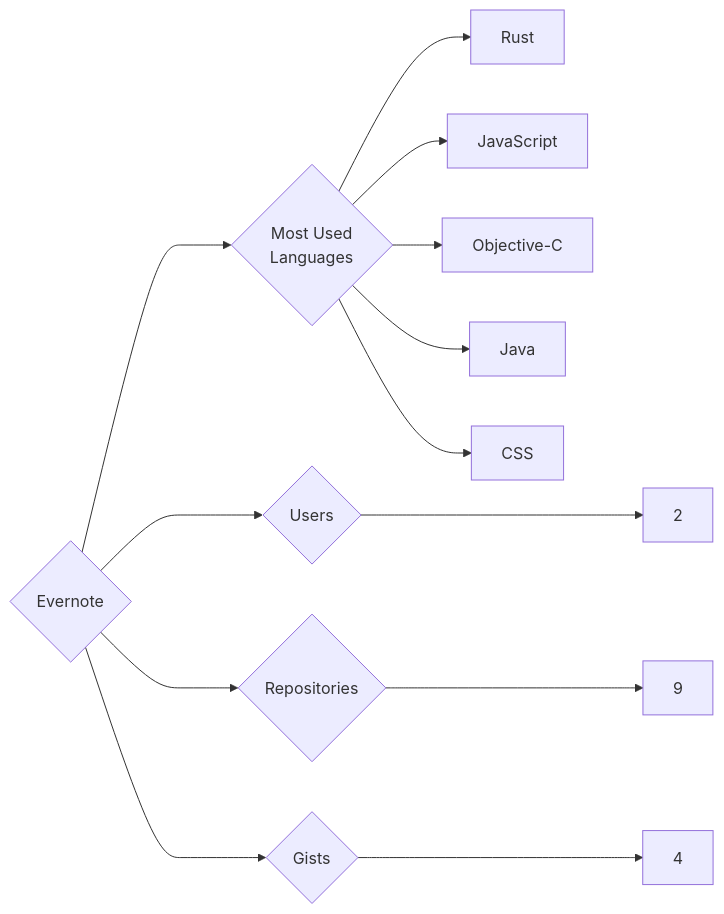
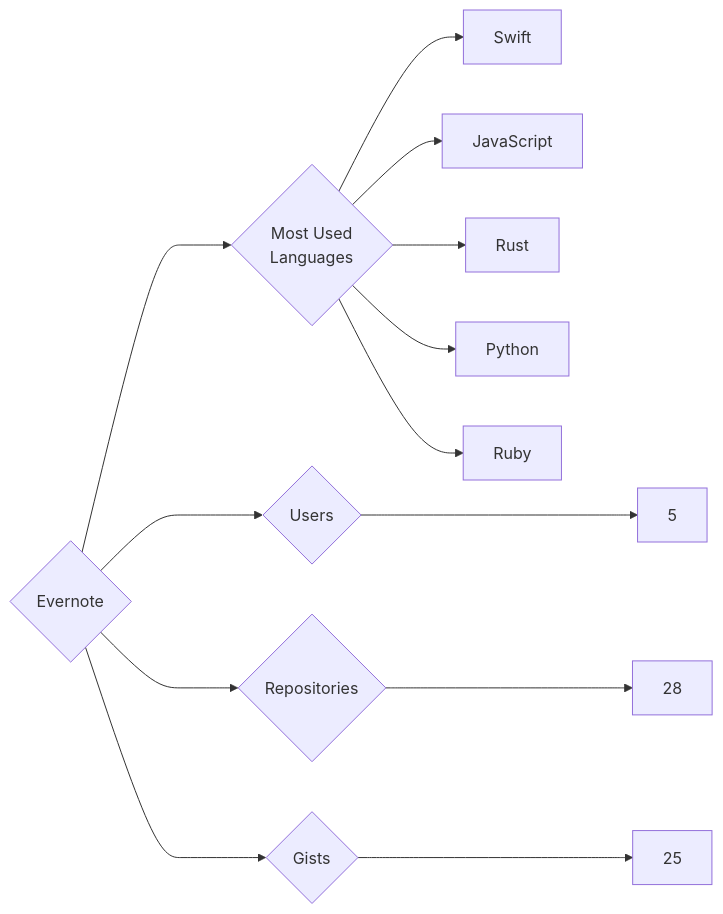
The diagram in targets/Evernote/README.md (trickest/insiders), drawn with Mermaid before and after one commit. The commit also changed 636 other files, not shown here.

````diff
--- a/targets/Evernote/README.md
+++ b/targets/Evernote/README.md
@@ -3,13 +3,13 @@
 ```mermaid
 graph LR
 COMPANY_NAME{Evernote}
-COMPANY_NAME ---> U{Users} ---> UN[2]
-COMPANY_NAME ---> R{Repositories} ---> RN[9]
-COMPANY_NAME ---> G{Gists} ---> GN[4]
+COMPANY_NAME ---> U{Users} ---> UN[5]
+COMPANY_NAME ---> R{Repositories} ---> RN[28]
+COMPANY_NAME ---> G{Gists} ---> GN[25]
 COMPANY_NAME ---> ML{Most Used<br>Languages}
+ML --> Swift[Swift]
+ML --> JavaScript[JavaScript]
 ML --> Rust[Rust]
-ML --> JavaScript[JavaScript]
-ML --> Objective-C[Objective-C]
-ML --> Java[Java]
-ML --> CSS[CSS]
+ML --> Python[Python]
+ML --> Ruby[Ruby]
 ```
````
